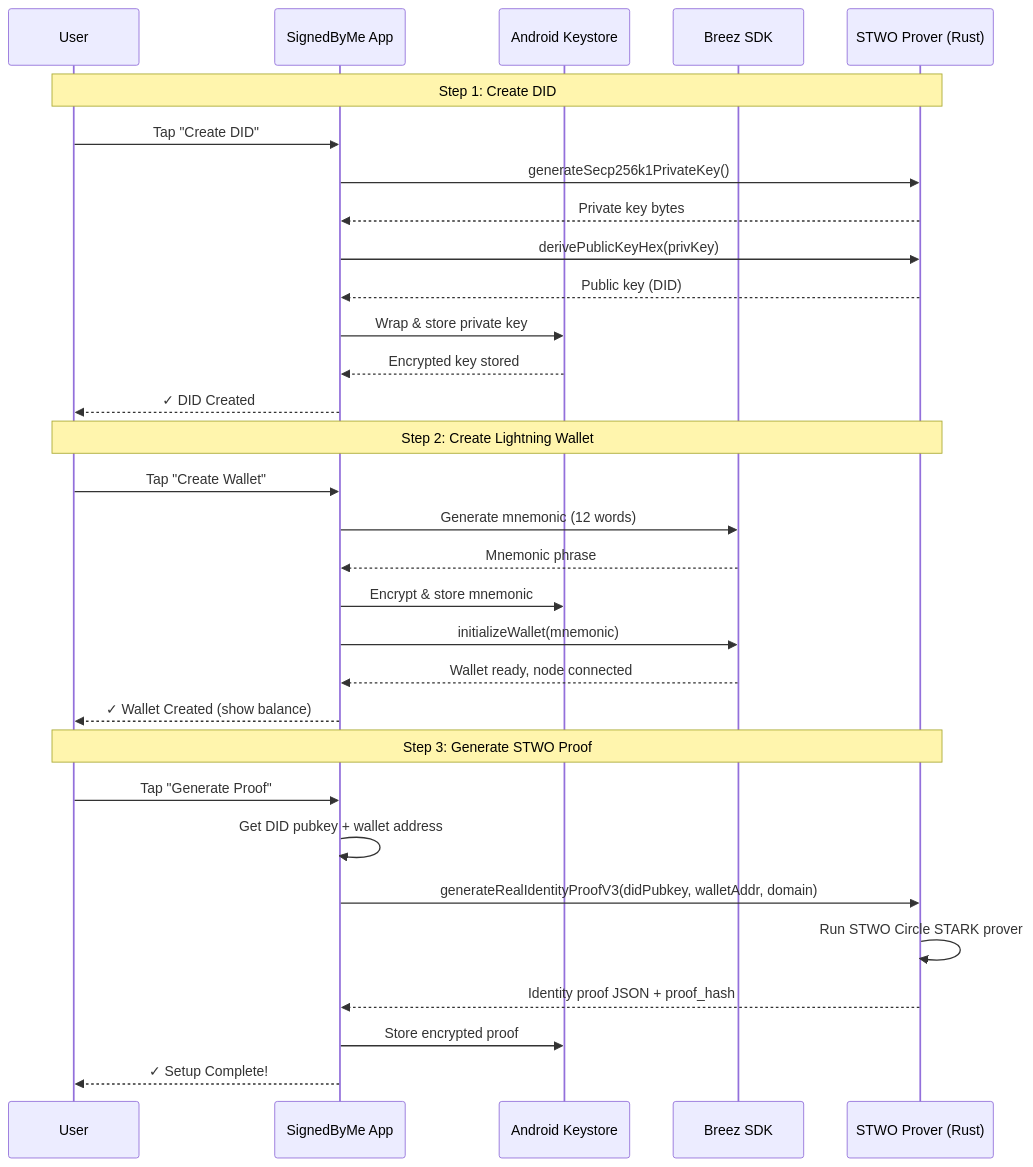
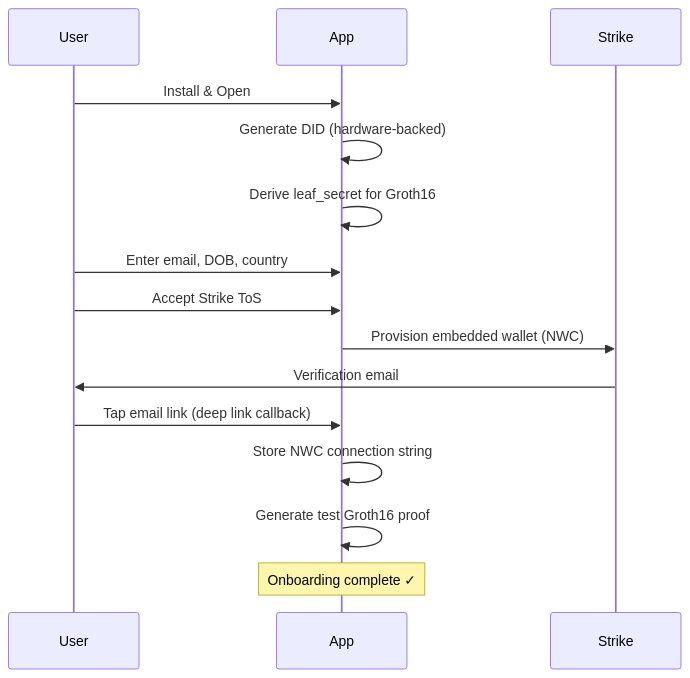
The first of 3 diagrams in README.md (PrivacyLion/btc-did), drawn with Mermaid before and after one commit. The commit also changed other lines of this file, not shown here.

First line of the commit message:
Update README for Groth16 architecture

````diff
--- a/README.md
+++ b/README.md
@@ -35,36 +46,18 @@
 ```mermaid
 sequenceDiagram
     participant User
-    participant App as SignedByMe App
-    participant Keystore as Android Keystore
-    participant Breez as Breez SDK
-    participant Rust as STWO Prover (Rust)
-
-    Note over User,Rust: Step 1: Create DID
-    User->>App: Tap "Create DID"
-    App->>Rust: generateSecp256k1PrivateKey()
-    Rust-->>App: Private key bytes
-    App->>Rust: derivePublicKeyHex(privKey)
-    Rust-->>App: Public key (DID)
-    App->>Keystore: Wrap & store private key
-    Keystore-->>App: Encrypted key stored
-    App-->>User: ✓ DID Created
-
-    Note over User,Rust: Step 2: Create Lightning Wallet
-    User->>App: Tap "Create Wallet"
-    App->>Breez: Generate mnemonic (12 words)
-    Breez-->>App: Mnemonic phrase
-    App->>Keystore: Encrypt & store mnemonic
-    App->>Breez: initializeWallet(mnemonic)
-    Breez-->>App: Wallet ready, node connected
-    App-->>User: ✓ Wallet Created (show balance)
-
-    Note over User,Rust: Step 3: Generate STWO Proof
-    User->>App: Tap "Generate Proof"
-    App->>App: Get DID pubkey + wallet address
-    App->>Rust: generateRealIdentityProofV3(didPubkey, walletAddr, domain)
-    Rust->>Rust: Run STWO Circle STARK prover
-    Rust-->>App: Identity proof JSON + proof_hash
-    App->>Keystore: Store encrypted proof
-    App-->>User: ✓ Setup Complete!
+    participant App
+    participant Strike
+    
+    User->>App: Install & Open
+    App->>App: Generate DID (hardware-backed)
+    App->>App: Derive leaf_secret for Groth16
+    User->>App: Enter email, DOB, country
+    User->>App: Accept Strike ToS
+    App->>Strike: Provision embedded wallet (NWC)
+    Strike->>User: Verification email
+    User->>App: Tap email link (deep link callback)
+    App->>App: Store NWC connection string
+    App->>App: Generate test Groth16 proof
+    Note over App: Onboarding complete ✓
 ```
````
